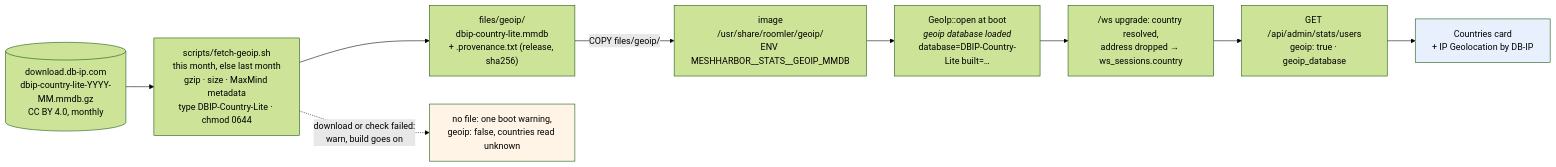
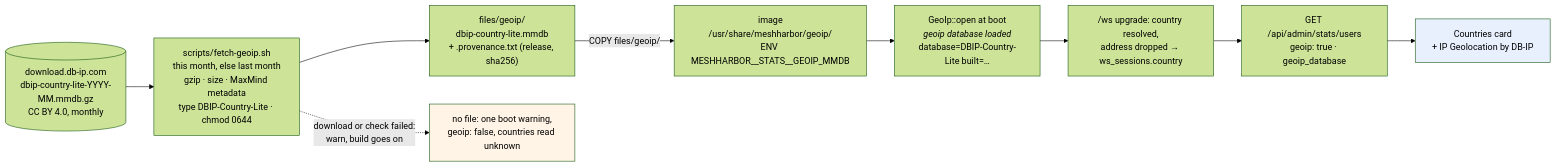
One commit to jk-zhang-meta/MeshHarbor changed the third of 5 diagrams in docs/deployment.md. Above: the diagram before and after it, drawn with Mermaid (forest theme). The commit also changed other lines of this file and 682 other files, not shown here.

````diff
--- a/docs/deployment.md
+++ b/docs/deployment.md
@@ -126,16 +126,16 @@
 ```mermaid
 flowchart LR
     DBIP[("download.db-ip.com<br/>dbip-country-lite-YYYY-MM.mmdb.gz<br/>CC BY 4.0, monthly")]
     F["scripts/fetch-geoip.sh<br/>this month, else last month<br/>gzip · size · MaxMind metadata<br/>type DBIP-Country-Lite · chmod 0644"]
     CTX["files/geoip/<br/>dbip-country-lite.mmdb<br/>+ .provenance.txt (release, sha256)"]
-    IMG["image<br/>/usr/share/roomler/geoip/<br/>ENV MESHHARBOR__STATS__GEOIP_MMDB"]
+    IMG["image<br/>/usr/share/meshharbor/geoip/<br/>ENV MESHHARBOR__STATS__GEOIP_MMDB"]
     BOOT["GeoIp::open at boot<br/><i>geoip database loaded</i><br/>database=DBIP-Country-Lite built=…"]
     WS["/ws upgrade: country resolved,<br/>address dropped → ws_sessions.country"]
     API["GET /api/admin/stats/users<br/>geoip: true · geoip_database"]
     UI["Countries card<br/>+ IP Geolocation by DB-IP"]
     NONE["no file: one boot warning,<br/>geoip: false, countries read unknown"]
     DBIP --> F --> CTX -->|"COPY files/geoip/"| IMG --> BOOT --> WS --> API --> UI
     F -.->|"download or check failed:<br/>warn, build goes on"| NONE
     style NONE fill:#fff4e5
     style UI fill:#e8f0fe
 ```
````
